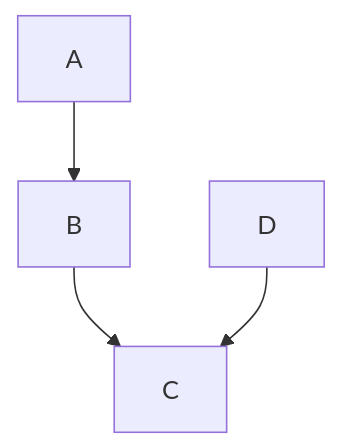
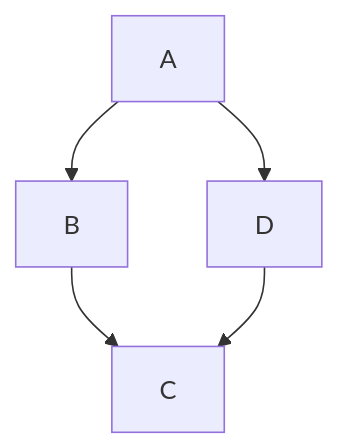
The diagram in src/docs/en/syntax.md (rhiokim/haroopad), drawn with Mermaid before and after one commit. The commit also changed other lines of this file and 14 other files, not shown here.

````diff
--- a/src/docs/en/syntax.md
+++ b/src/docs/en/syntax.md
@@ -369,6 +377,7 @@
 ```mermaid
 graph TD;
   A-->B;
+  A-->D;
   B-->C;
   D-->C;
 ```
````
